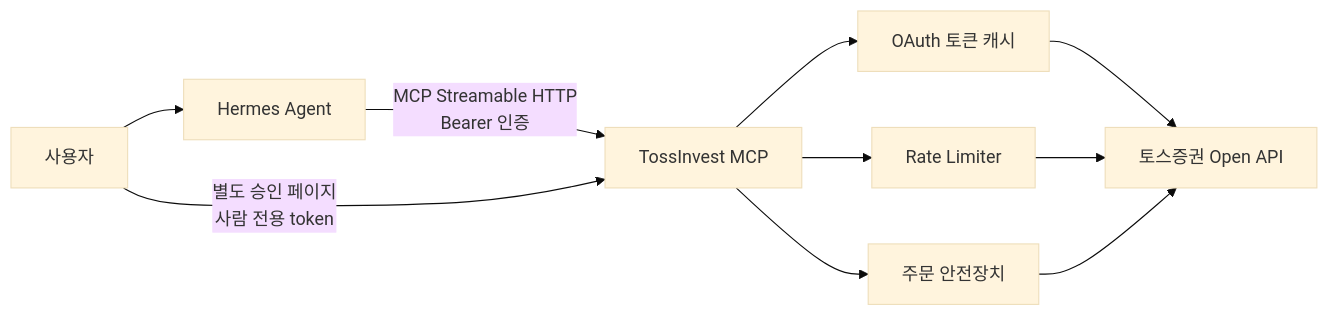
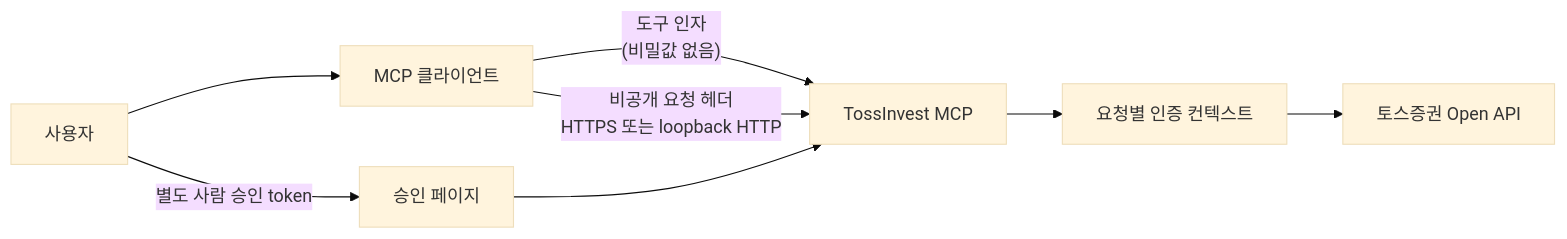
The diagram in README.md (cha2hyun/tossinvest-mcp), drawn with Mermaid (base theme) before and after one commit. The commit also changed other lines of this file and 26 other files, not shown here.

````diff
--- a/README.md
+++ b/README.md
@@ -57,12 +28,10 @@
 ```mermaid
 flowchart LR
-    U["사용자"] --> H["Hermes Agent"]
-    H -->|"MCP Streamable HTTP<br/>Bearer 인증"| M["TossInvest MCP"]
-    U -->|"별도 승인 페이지<br/>사람 전용 token"| M
-    M --> A["OAuth 토큰 캐시"]
-    M --> R["Rate Limiter"]
-    M --> S["주문 안전장치"]
-    A --> T["토스증권 Open API"]
-    R --> T
-    S --> T
+    U["사용자"] --> H["MCP 클라이언트"]
+    H -->|"도구 인자<br/>(비밀값 없음)"| M["TossInvest MCP"]
+    H -->|"비공개 요청 헤더<br/>HTTPS 또는 loopback HTTP"| M
+    M --> C["요청별 인증 컨텍스트"]
+    C --> T["토스증권 Open API"]
+    U -->|"별도 사람 승인 token"| A["승인 페이지"]
+    A --> M
 ```
````
